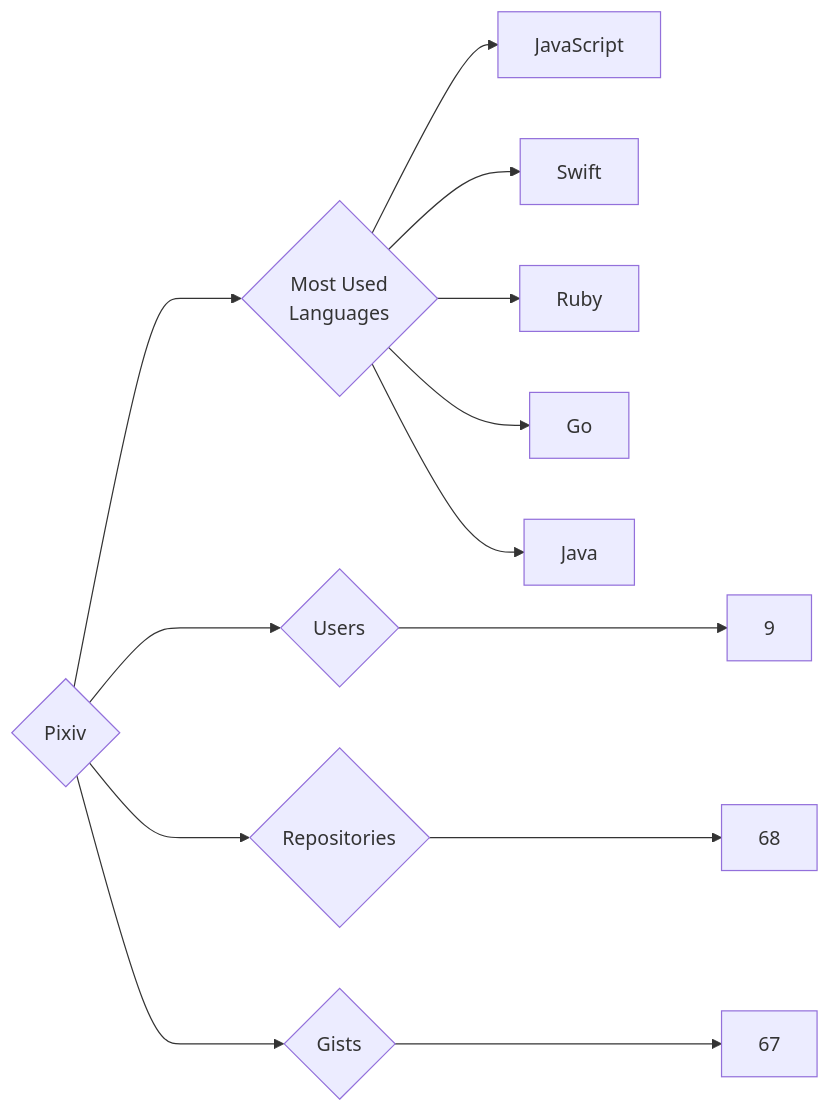
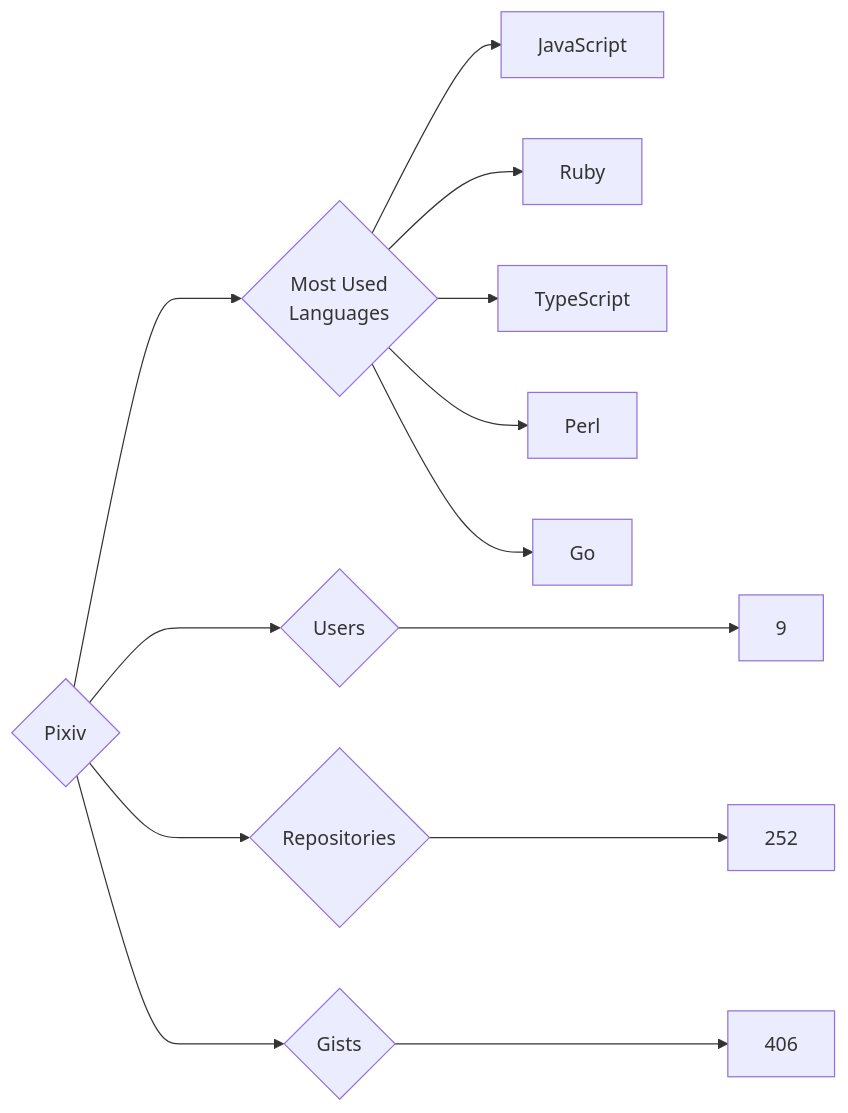
Before and after one commit to trickest/insiders: the diagram in targets/Pixiv/README.md, drawn with Mermaid. The commit also changed 877 other files, not shown here.

````diff
--- a/targets/Pixiv/README.md
+++ b/targets/Pixiv/README.md
@@ -3,13 +3,13 @@
 ```mermaid
 graph LR
 COMPANY_NAME{Pixiv}
 COMPANY_NAME ---> U{Users} ---> UN[9]
-COMPANY_NAME ---> R{Repositories} ---> RN[68]
-COMPANY_NAME ---> G{Gists} ---> GN[67]
+COMPANY_NAME ---> R{Repositories} ---> RN[252]
+COMPANY_NAME ---> G{Gists} ---> GN[406]
 COMPANY_NAME ---> ML{Most Used<br>Languages}
 ML --> JavaScript[JavaScript]
-ML --> Swift[Swift]
 ML --> Ruby[Ruby]
+ML --> TypeScript[TypeScript]
+ML --> Perl[Perl]
 ML --> Go[Go]
-ML --> Java[Java]
 ```
````
